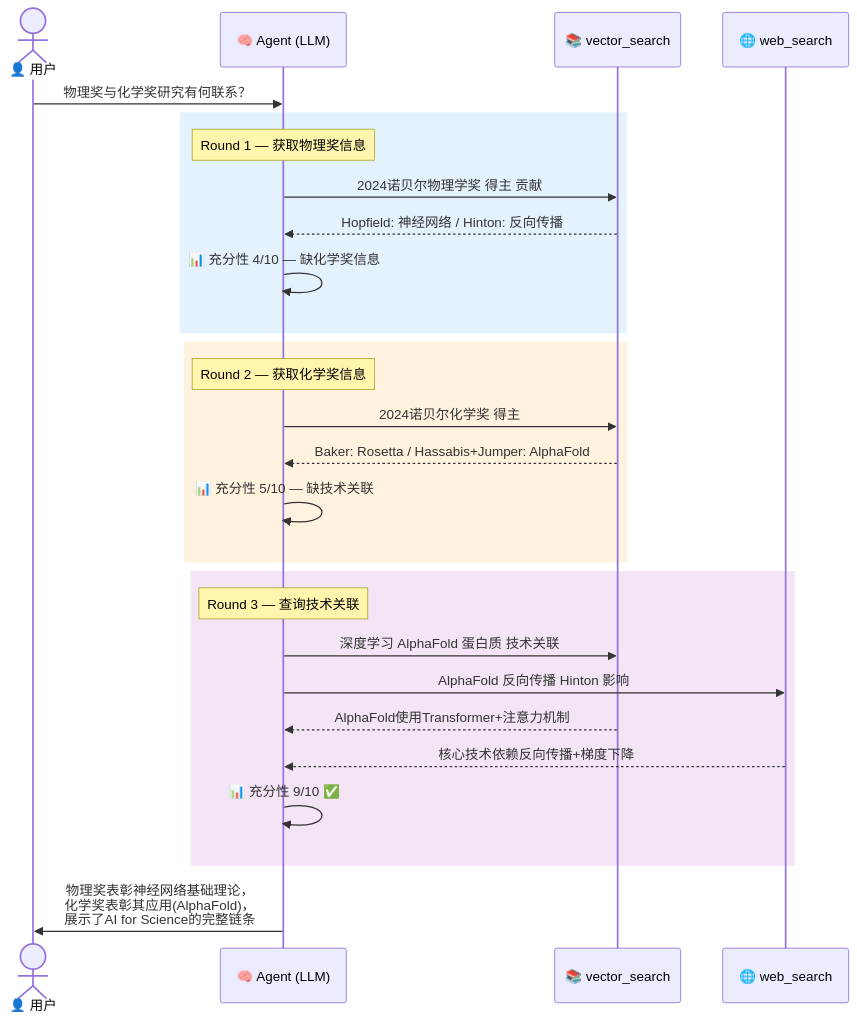
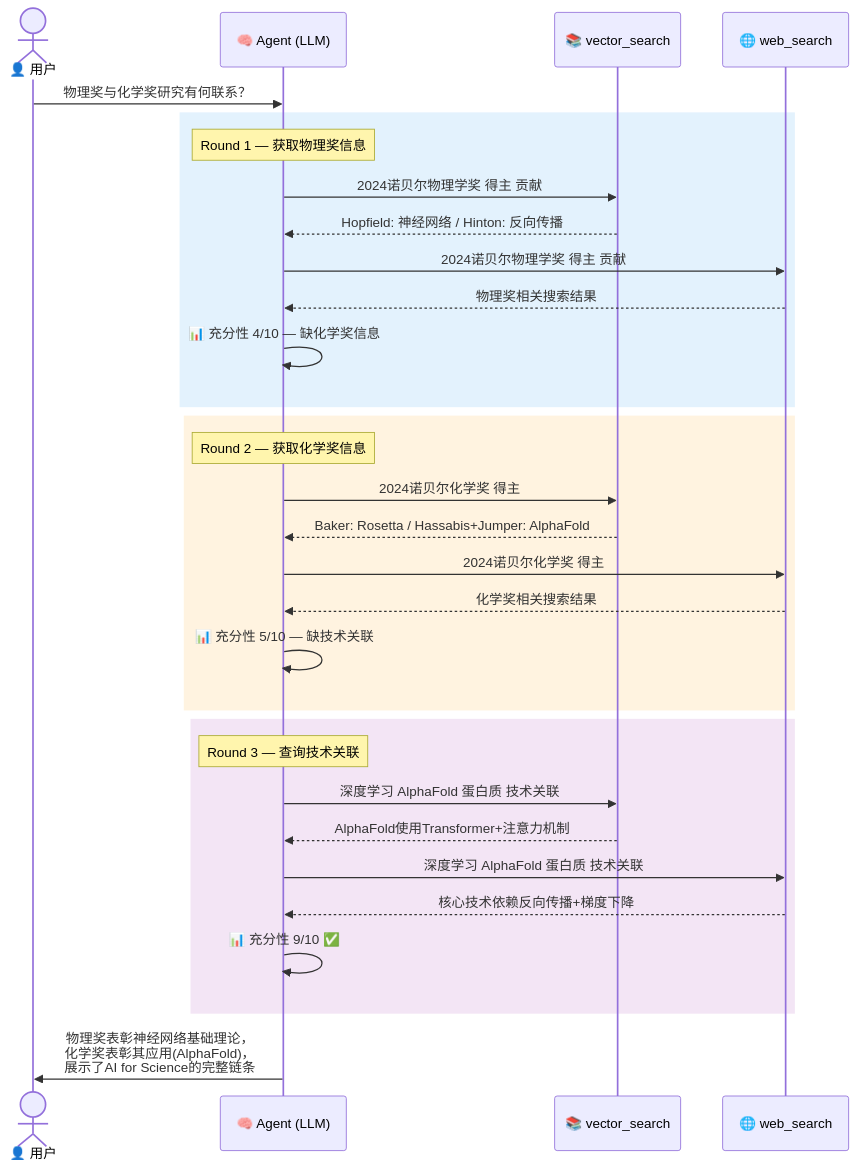
Before and after one commit to datawhalechina/all-in-rag: the diagram in docs/chapter7/21_agentic_rag.md, drawn with Mermaid. The commit also changed other lines of this file and 2 other files, not shown here.

````diff
--- a/docs/chapter7/21_agentic_rag.md
+++ b/docs/chapter7/21_agentic_rag.md
@@ -204,34 +231,38 @@
 ```mermaid
 sequenceDiagram
     actor U as 👤 用户
     participant A as 🧠 Agent (LLM)
     participant V as 📚 vector_search
     participant W as 🌐 web_search
 
     U->>A: 物理奖与化学奖研究有何联系？
 
     rect rgb(227,242,253)
     Note over A: Round 1 — 获取物理奖信息
     A->>V: 2024诺贝尔物理学奖 得主 贡献
     V-->>A: Hopfield: 神经网络 / Hinton: 反向传播
+    A->>W: 2024诺贝尔物理学奖 得主 贡献
+    W-->>A: 物理奖相关搜索结果
     A->>A: 📊 充分性 4/10 — 缺化学奖信息
     end
 
     rect rgb(255,243,224)
     Note over A: Round 2 — 获取化学奖信息
     A->>V: 2024诺贝尔化学奖 得主
     V-->>A: Baker: Rosetta / Hassabis+Jumper: AlphaFold
+    A->>W: 2024诺贝尔化学奖 得主
+    W-->>A: 化学奖相关搜索结果
     A->>A: 📊 充分性 5/10 — 缺技术关联
     end
 
     rect rgb(243,229,245)
     Note over A: Round 3 — 查询技术关联
     A->>V: 深度学习 AlphaFold 蛋白质 技术关联
-    A->>W: AlphaFold 反向传播 Hinton 影响
     V-->>A: AlphaFold使用Transformer+注意力机制
+    A->>W: 深度学习 AlphaFold 蛋白质 技术关联
     W-->>A: 核心技术依赖反向传播+梯度下降
     A->>A: 📊 充分性 9/10 ✅
     end
 
     A->>U: 物理奖表彰神经网络基础理论，<br/>化学奖表彰其应用(AlphaFold)，<br/>展示了AI for Science的完整链条
 ```
````
